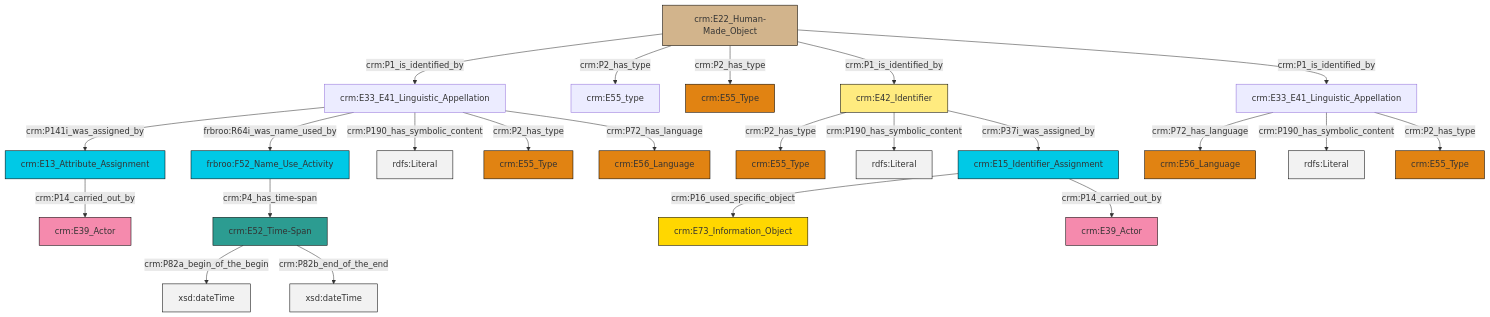
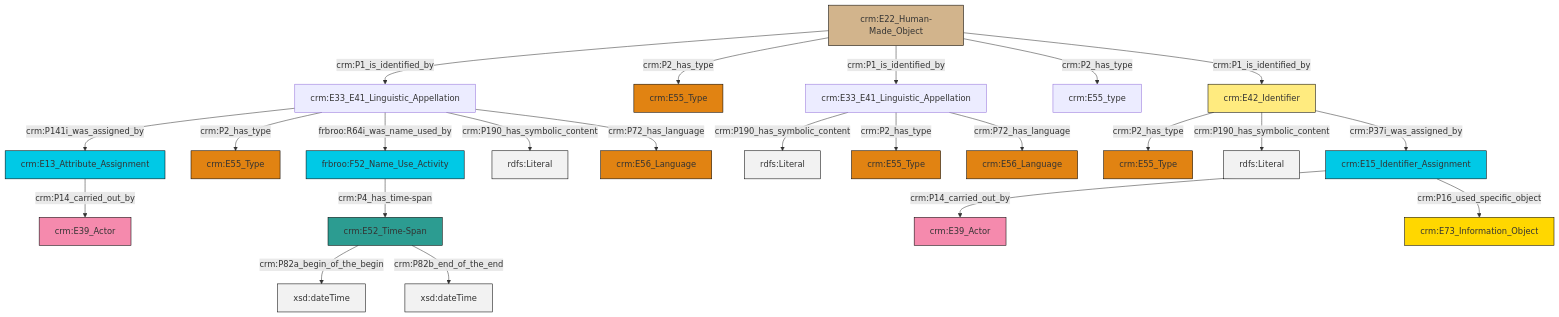
One commit to swiss-art-research-net/reference-data-models changed the diagram in et/artworkCSV/ttl/mmd/Artwork_Name.ttl.mmd. Above: the diagram before and after it, drawn with Mermaid. The commit also changed 128 other files, not shown here.

```diff
--- a/et/artworkCSV/ttl/mmd/Artwork_Name.ttl.mmd
+++ b/et/artworkCSV/ttl/mmd/Artwork_Name.ttl.mmd
@@ -1,37 +1,37 @@
 graph TD
 classDef Literal fill:#f2f2f2,stroke:#000000;
 classDef CRM_Entity fill:#FFFFFF,stroke:#000000;
 classDef Temporal_Entity fill:#00C9E6, stroke:#000000;
 classDef Type fill:#E18312, stroke:#000000;
 classDef Time-Span fill:#2C9C91, stroke:#000000;
 classDef Appellation fill:#FFEB7F, stroke:#000000;
 classDef Place fill:#008836, stroke:#000000;
 classDef Persistent_Item fill:#B266B2, stroke:#000000;
 classDef Conceptual_Object fill:#FFD700, stroke:#000000;
 classDef Physical_Thing fill:#D2B48C, stroke:#000000;
 classDef Actor fill:#f58aad, stroke:#000000;
 classDef PC_Classes fill:#4ce600, stroke:#000000;
 classDef Multi fill:#cccccc,stroke:#000000;
 
-0["crm:E42_Identifier"]:::Appellation -->|crm:P2_has_type| 1["crm:E55_Type"]:::Type
-10["frbroo:F52_Name_Use_Activity"]:::Temporal_Entity -->|crm:P4_has_time-span| 11["crm:E52_Time-Span"]:::Time-Span
-12["crm:E13_Attribute_Assignment"]:::Temporal_Entity -->|crm:P14_carried_out_by| 14["crm:E39_Actor"]:::Actor
-2["crm:E33_E41_Linguistic_Appellation"]:::Default -->|crm:P141i_was_assigned_by| 12["crm:E13_Attribute_Assignment"]:::Temporal_Entity
-15["crm:E33_E41_Linguistic_Appellation"]:::Default -->|crm:P72_has_language| 16["crm:E56_Language"]:::Type
-15["crm:E33_E41_Linguistic_Appellation"]:::Default -->|crm:P190_has_symbolic_content| 28[rdfs:Literal]:::Literal
-29["crm:E22_Human-Made_Object"]:::Physical_Thing -->|crm:P1_is_identified_by| 2["crm:E33_E41_Linguistic_Appellation"]:::Default
-2["crm:E33_E41_Linguistic_Appellation"]:::Default -->|frbroo:R64i_was_name_used_by| 10["frbroo:F52_Name_Use_Activity"]:::Temporal_Entity
-8["crm:E15_Identifier_Assignment"]:::Temporal_Entity -->|crm:P16_used_specific_object| 6["crm:E73_Information_Object"]:::Conceptual_Object
-0["crm:E42_Identifier"]:::Appellation -->|crm:P190_has_symbolic_content| 31[rdfs:Literal]:::Literal
-15["crm:E33_E41_Linguistic_Appellation"]:::Default -->|crm:P2_has_type| 4["crm:E55_Type"]:::Type
-29["crm:E22_Human-Made_Object"]:::Physical_Thing -->|crm:P2_has_type| 32["crm:E55_type"]:::Default
-0["crm:E42_Identifier"]:::Appellation -->|crm:P37i_was_assigned_by| 8["crm:E15_Identifier_Assignment"]:::Temporal_Entity
-2["crm:E33_E41_Linguistic_Appellation"]:::Default -->|crm:P190_has_symbolic_content| 35[rdfs:Literal]:::Literal
-11["crm:E52_Time-Span"]:::Time-Span -->|crm:P82a_begin_of_the_begin| 36[xsd:dateTime]:::Literal
-2["crm:E33_E41_Linguistic_Appellation"]:::Default -->|crm:P2_has_type| 26["crm:E55_Type"]:::Type
-11["crm:E52_Time-Span"]:::Time-Span -->|crm:P82b_end_of_the_end| 38[xsd:dateTime]:::Literal
-29["crm:E22_Human-Made_Object"]:::Physical_Thing -->|crm:P2_has_type| 39["crm:E55_Type"]:::Type
-29["crm:E22_Human-Made_Object"]:::Physical_Thing -->|crm:P1_is_identified_by| 0["crm:E42_Identifier"]:::Appellation
-8["crm:E15_Identifier_Assignment"]:::Temporal_Entity -->|crm:P14_carried_out_by| 21["crm:E39_Actor"]:::Actor
-2["crm:E33_E41_Linguistic_Appellation"]:::Default -->|crm:P72_has_language| 18["crm:E56_Language"]:::Type
-29["crm:E22_Human-Made_Object"]:::Physical_Thing -->|crm:P1_is_identified_by| 15["crm:E33_E41_Linguistic_Appellation"]:::Default
+0["crm:E22_Human-Made_Object"]:::Physical_Thing -->|crm:P1_is_identified_by| 1["crm:E33_E41_Linguistic_Appellation"]:::Default
+2["frbroo:F52_Name_Use_Activity"]:::Temporal_Entity -->|crm:P4_has_time-span| 3["crm:E52_Time-Span"]:::Time-Span
+1["crm:E33_E41_Linguistic_Appellation"]:::Default -->|crm:P141i_was_assigned_by| 4["crm:E13_Attribute_Assignment"]:::Temporal_Entity
+8["crm:E42_Identifier"]:::Appellation -->|crm:P2_has_type| 9["crm:E55_Type"]:::Type
+10["crm:E15_Identifier_Assignment"]:::Temporal_Entity -->|crm:P14_carried_out_by| 11["crm:E39_Actor"]:::Actor
+1["crm:E33_E41_Linguistic_Appellation"]:::Default -->|crm:P2_has_type| 12["crm:E55_Type"]:::Type
+0["crm:E22_Human-Made_Object"]:::Physical_Thing -->|crm:P2_has_type| 17["crm:E55_Type"]:::Type
+3["crm:E52_Time-Span"]:::Time-Span -->|crm:P82a_begin_of_the_begin| 18[xsd:dateTime]:::Literal
+4["crm:E13_Attribute_Assignment"]:::Temporal_Entity -->|crm:P14_carried_out_by| 19["crm:E39_Actor"]:::Actor
+1["crm:E33_E41_Linguistic_Appellation"]:::Default -->|frbroo:R64i_was_name_used_by| 2["frbroo:F52_Name_Use_Activity"]:::Temporal_Entity
+3["crm:E52_Time-Span"]:::Time-Span -->|crm:P82b_end_of_the_end| 21[xsd:dateTime]:::Literal
+15["crm:E33_E41_Linguistic_Appellation"]:::Default -->|crm:P190_has_symbolic_content| 22[rdfs:Literal]:::Literal
+8["crm:E42_Identifier"]:::Appellation -->|crm:P190_has_symbolic_content| 28[rdfs:Literal]:::Literal
+8["crm:E42_Identifier"]:::Appellation -->|crm:P37i_was_assigned_by| 10["crm:E15_Identifier_Assignment"]:::Temporal_Entity
+10["crm:E15_Identifier_Assignment"]:::Temporal_Entity -->|crm:P16_used_specific_object| 13["crm:E73_Information_Object"]:::Conceptual_Object
+0["crm:E22_Human-Made_Object"]:::Physical_Thing -->|crm:P1_is_identified_by| 15["crm:E33_E41_Linguistic_Appellation"]:::Default
+0["crm:E22_Human-Made_Object"]:::Physical_Thing -->|crm:P2_has_type| 25["crm:E55_type"]:::Default
+0["crm:E22_Human-Made_Object"]:::Physical_Thing -->|crm:P1_is_identified_by| 8["crm:E42_Identifier"]:::Appellation
+15["crm:E33_E41_Linguistic_Appellation"]:::Default -->|crm:P2_has_type| 6["crm:E55_Type"]:::Type
+15["crm:E33_E41_Linguistic_Appellation"]:::Default -->|crm:P72_has_language| 33["crm:E56_Language"]:::Type
+1["crm:E33_E41_Linguistic_Appellation"]:::Default -->|crm:P190_has_symbolic_content| 38[rdfs:Literal]:::Literal
+1["crm:E33_E41_Linguistic_Appellation"]:::Default -->|crm:P72_has_language| 39["crm:E56_Language"]:::Type
```
